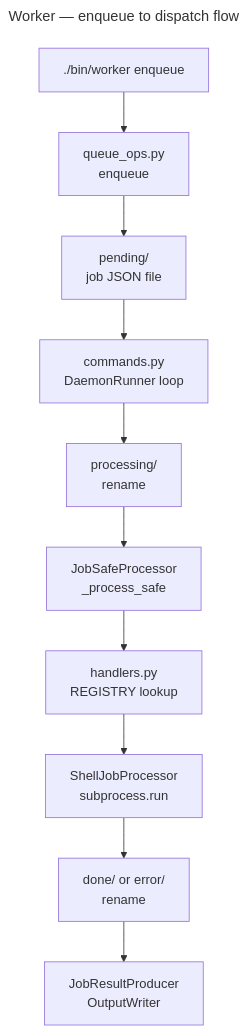
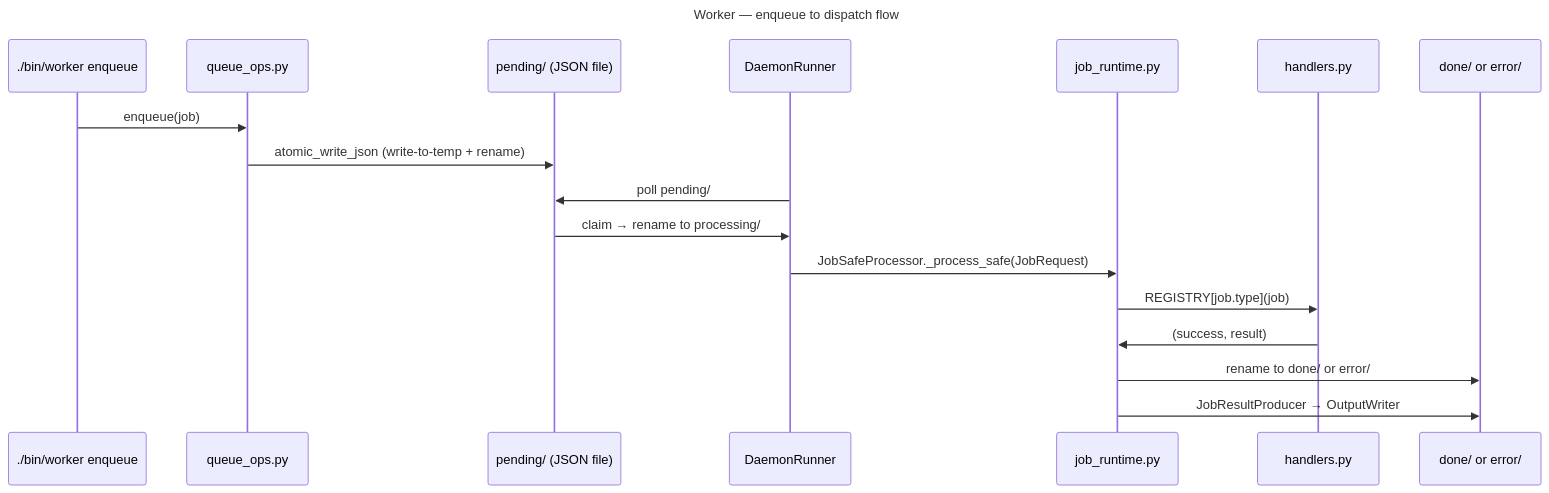
The diagram in src/worker/README.md (dancing-bear-show/dancing-bear), drawn with Mermaid before and after one commit. The commit also changed other lines of this file and 45 other files, not shown here.

````diff
--- a/src/worker/README.md
+++ b/src/worker/README.md
@@ -16,15 +27,23 @@
 ```mermaid
 ---
 title: Worker — enqueue to dispatch flow
 ---
-flowchart TB
-    cli[./bin/worker enqueue] --> enqueue[queue_ops.py\nenqueue]
-    enqueue --> pending[pending/\njob JSON file]
-    pending --> daemon[commands.py\nDaemonRunner loop]
-    daemon --> processing[processing/\n rename]
-    processing --> safe[JobSafeProcessor\n_process_safe]
-    safe --> registry[handlers.py\nREGISTRY lookup]
-    registry --> shell[ShellJobProcessor\nsubprocess.run]
-    shell --> done_dir[done/ or error/\n rename]
-    done_dir --> produce[JobResultProducer\nOutputWriter]
+sequenceDiagram
+    participant CLI as ./bin/worker enqueue
+    participant Q as queue_ops.py
+    participant FS as pending/ (JSON file)
+    participant D as DaemonRunner
+    participant P as job_runtime.py
+    participant H as handlers.py
+    participant Out as done/ or error/
+
+    CLI->>Q: enqueue(job)
+    Q->>FS: atomic_write_json (write-to-temp + rename)
+    D->>FS: poll pending/
+    FS->>D: claim → rename to processing/
+    D->>P: JobSafeProcessor._process_safe(JobRequest)
+    P->>H: REGISTRY[job.type](job)
+    H->>P: (success, result)
+    P->>Out: rename to done/ or error/
+    P->>Out: JobResultProducer → OutputWriter
 ```
````
